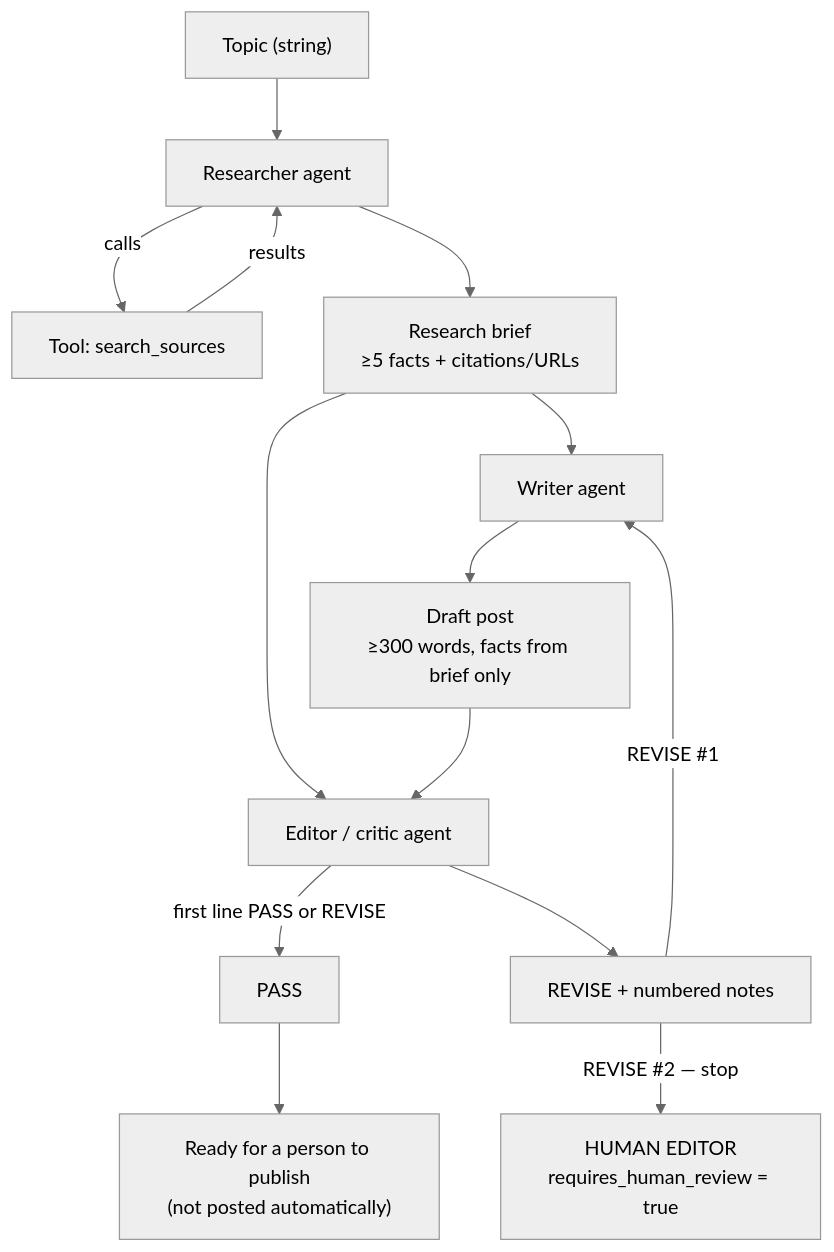
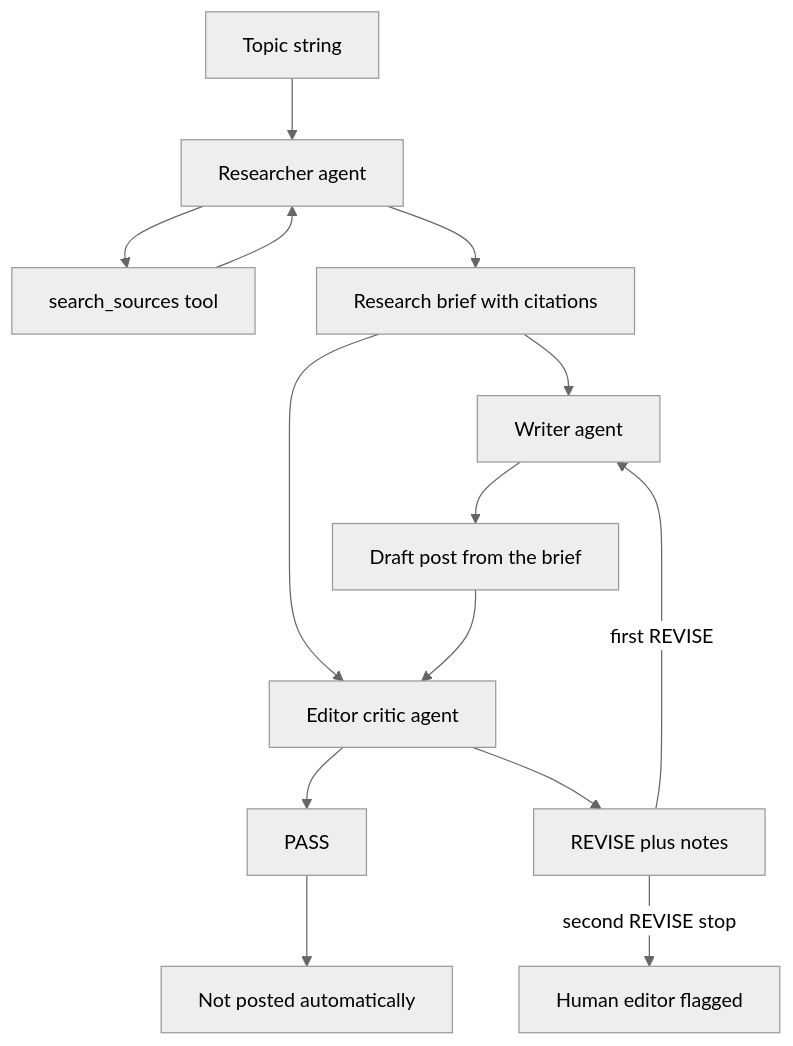
One commit to kellieoquinn-idir/Content-Production-Agent changed the diagram in README.md. Above: the diagram before and after it, drawn with Mermaid (neutral theme). The commit also changed other lines of this file, not shown here.

````diff
--- a/README.md
+++ b/README.md
@@ -24,27 +26,28 @@
 ```mermaid
 flowchart TD
-    topic["Topic (string)"]
-    researcher["Researcher agent"]
-    search["Tool: search_sources"]
-    brief["Research brief\n≥5 facts + citations/URLs"]
-    writer["Writer agent"]
-    draft["Draft post\n≥300 words, facts from brief only"]
-    editor["Editor / critic agent"]
-    pass["PASS"]
-    revise["REVISE + numbered notes"]
-    human["HUMAN EDITOR\nrequires_human_review = true"]
+    topic[Topic string]
+    researcher[Researcher agent]
+    search[search_sources tool]
+    brief[Research brief with citations]
+    writer[Writer agent]
+    draft[Draft post from the brief]
+    editor[Editor critic agent]
+    passNode[PASS]
+    revise[REVISE plus notes]
+    human[Human editor flagged]
+    publish[Not posted automatically]
 
     topic --> researcher
-    researcher -->|"calls"| search
-    search -->|"results"| researcher
+    researcher --> search
+    search --> researcher
     researcher --> brief
     brief --> writer
     writer --> draft
     brief --> editor
     draft --> editor
-    editor -->|"first line PASS or REVISE"| pass
+    editor --> passNode
     editor --> revise
-    revise -->|"REVISE #1"| writer
-    revise -->|"REVISE #2 — stop"| human
-    pass --> done["Ready for a person to publish\n(not posted automatically)"]
+    revise -->|first REVISE| writer
+    revise -->|second REVISE stop| human
+    passNode --> publish
 ```
````
